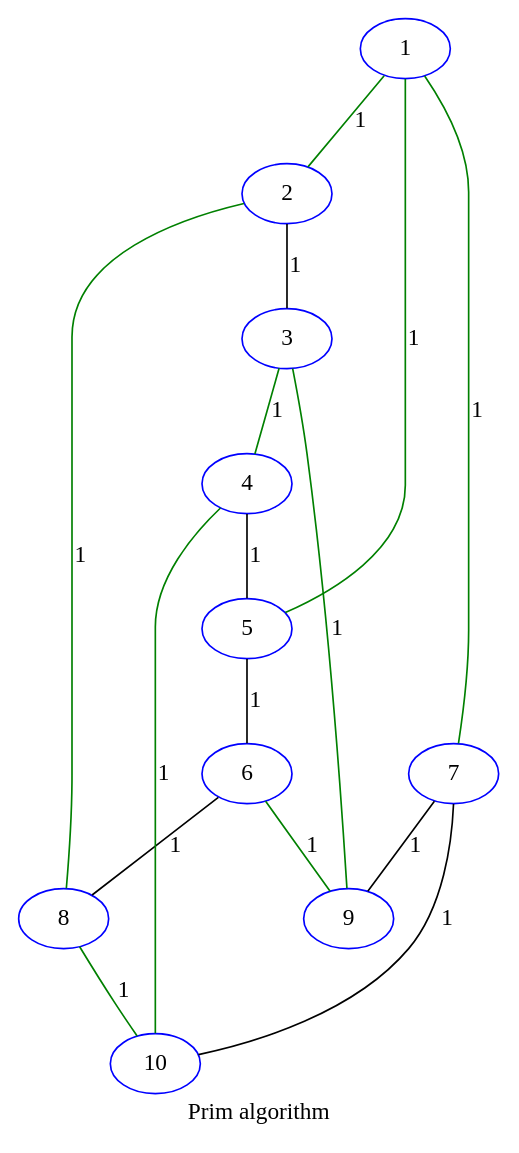
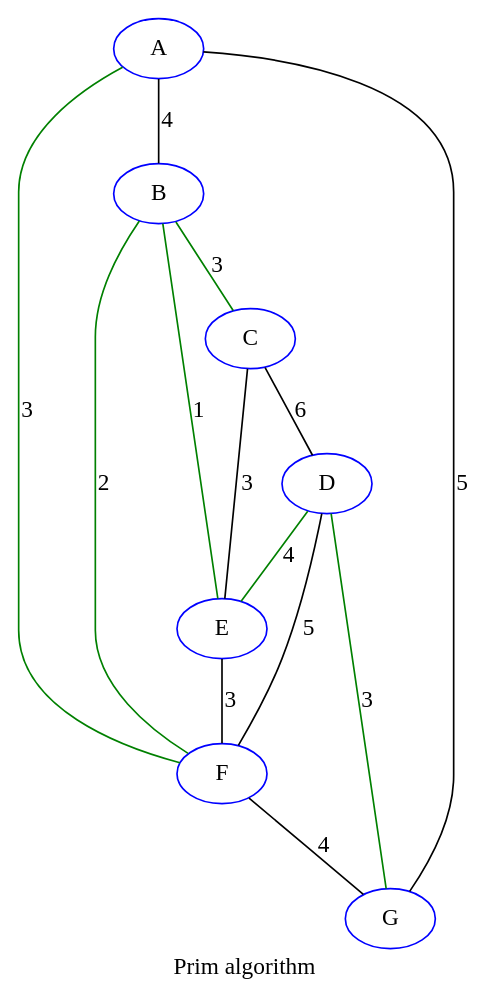
The diagram in AeA/partie2/tp2/prim.dot (sallareznov/m1s2), drawn with Graphviz before and after one commit. The commit also changed 6 other files, not shown here.

```diff
--- a/AeA/partie2/tp2/prim.dot
+++ b/AeA/partie2/tp2/prim.dot
@@ -1,28 +1,23 @@
 graph {
 label="Prim algorithm"
-6 [color=blue]
-10 [color=blue]
-5 [color=blue]
-8 [color=blue]
-7 [color=blue]
-2 [color=blue]
-1 [color=blue]
-4 [color=blue]
-3 [color=blue]
-9 [color=blue]
-1--2[label="1",color=green]
-1--5[label="1",color=green]
-1--7[label="1",color=green]
-2--3[label="1"]
-2--8[label="1",color=green]
-3--4[label="1",color=green]
-3--9[label="1",color=green]
-4--5[label="1"]
-4--10[label="1",color=green]
-5--6[label="1"]
-6--8[label="1"]
-6--9[label="1",color=green]
-7--9[label="1"]
-7--10[label="1"]
-8--10[label="1",color=green]
+G [color=blue]
+E [color=blue]
+F [color=blue]
+C [color=blue]
+D [color=blue]
+A [color=blue]
+B [color=blue]
+A--B[label="4"]
+A--F[label="3",color=green]
+A--G[label="5"]
+B--C[label="3",color=green]
+B--E[label="1",color=green]
+B--F[label="2",color=green]
+C--E[label="3"]
+C--D[label="6"]
+D--E[label="4",color=green]
+D--F[label="5"]
+D--G[label="3",color=green]
+E--F[label="3"]
+F--G[label="4"]
 }
```
